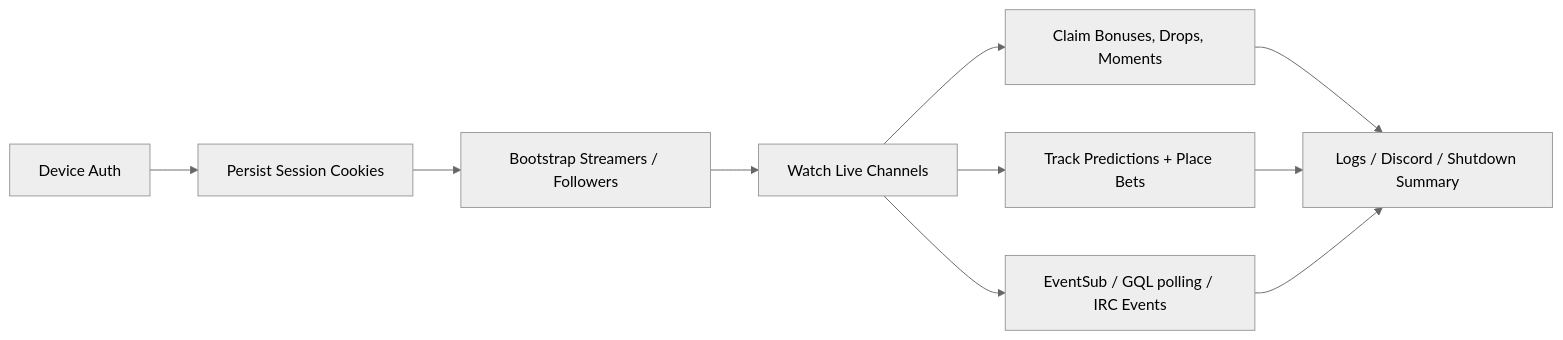
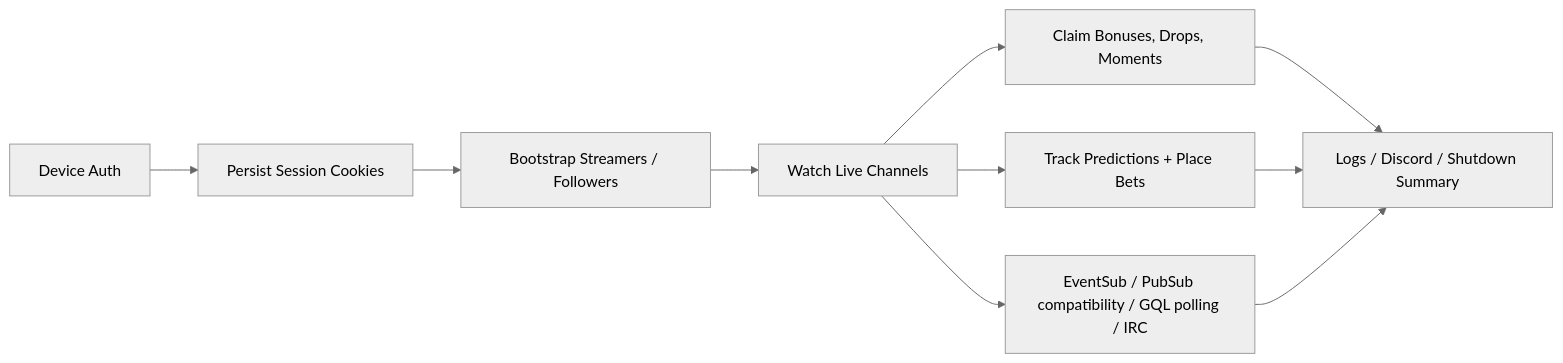
The diagram in README.md (FueledByRedBull/Twitch-Miner-Rust), drawn with Mermaid (neutral theme) before and after one commit. The commit also changed other lines of this file and 69 other files, not shown here.

````diff
--- a/README.md
+++ b/README.md
@@ -28,12 +28,12 @@
 ```mermaid
 flowchart LR
     A["Device Auth"] --> B["Persist Session Cookies"]
     B --> C["Bootstrap Streamers / Followers"]
     C --> D["Watch Live Channels"]
     D --> E["Claim Bonuses, Drops, Moments"]
     D --> F["Track Predictions + Place Bets"]
-    D --> G["EventSub / GQL polling / IRC Events"]
+    D --> G["EventSub / PubSub compatibility / GQL polling / IRC"]
     E --> H["Logs / Discord / Shutdown Summary"]
     F --> H
     G --> H
 ```
````
